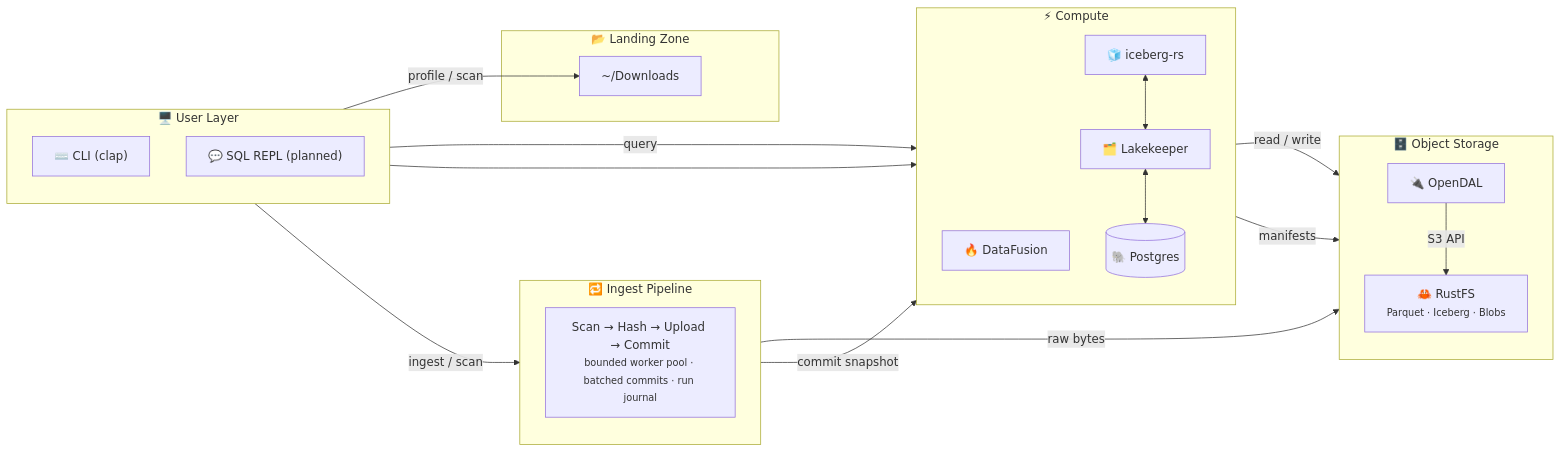
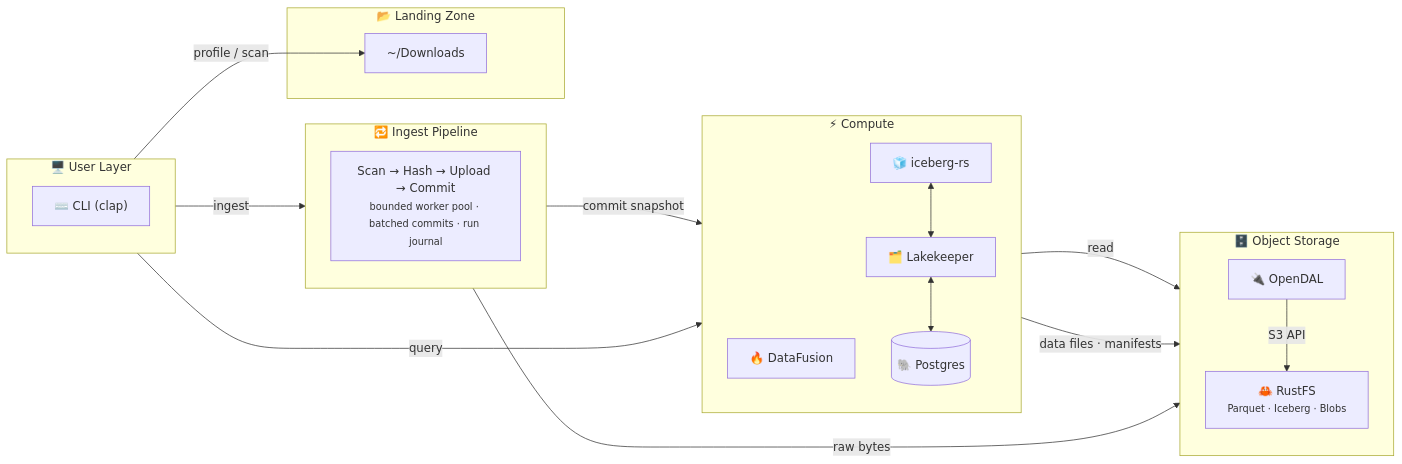
Before and after one commit to sm4rtm4art/anti_entropator: the first of 2 diagrams in docs/design/architecture.md, drawn with Mermaid. The commit also changed other lines of this file and 18 other files, not shown here.

First line of the commit message:
docs: correct decision records, README and architecture doc against the code (#289)

````diff
--- a/docs/design/architecture.md
+++ b/docs/design/architecture.md
@@ -9,44 +11,42 @@
 ```mermaid
 flowchart LR
     subgraph UL["🖥️  User Layer"]
         direction TB
         CLI["⌨️  CLI (clap)"]
-        REPL["💬  SQL REPL (planned)"]
     end
 
     subgraph OR["🔁  Ingest Pipeline"]
         direction TB
         PROC["Scan → Hash → Upload → Commit<br/><small>bounded worker pool · batched commits · run journal</small>"]
     end
 
     subgraph CP["⚡  Compute"]
         direction TB
         DF["🔥  DataFusion"]
         ICE["🧊  iceberg-rs"]
         CAT["🗂️  Lakekeeper"]
         PG[("🐘  Postgres")]
         ICE <--> CAT <--> PG
     end
 
     subgraph ST["🗄️  Object Storage"]
         direction TB
         IO["🔌  OpenDAL"]
         RFS["🦀  RustFS<br/><small>Parquet · Iceberg · Blobs</small>"]
         IO -->|S3 API| RFS
     end
 
     subgraph LZ["📂  Landing Zone"]
         Downloads["~/Downloads"]
     end
 
     CLI -->|"profile / scan"| Downloads
-    CLI -->|"ingest / scan"| PROC
+    CLI -->|ingest| PROC
     CLI -->|query| DF
-    REPL --> DF
 
     PROC -->|"raw bytes"| IO
     PROC -->|"commit snapshot"| ICE
 
-    DF -->|"read / write"| IO
-    ICE -->|manifests| IO
+    DF -->|read| IO
+    ICE -->|"data files · manifests"| IO
 ```
````
